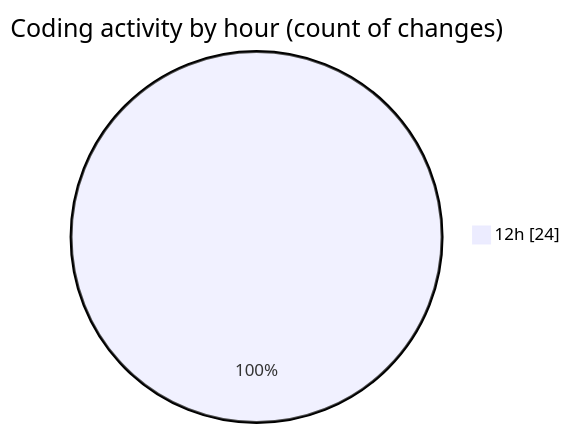
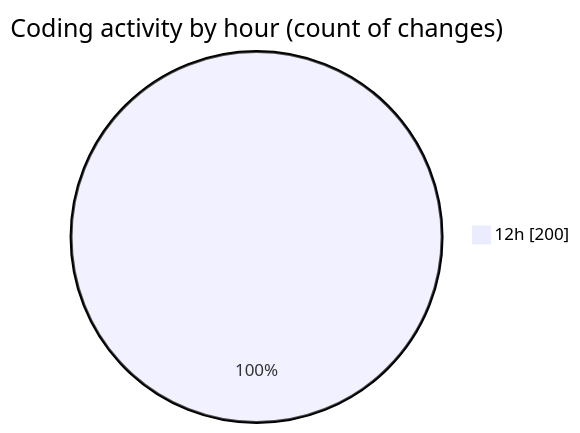
Before and after one commit to charlie-sans/code-tracking: the second of 2 diagrams in 2025-03-04/masm/README.md, drawn with Mermaid. The commit also changed other lines of this file and 1 other file, not shown here.

````diff
--- a/2025-03-04/masm/README.md
+++ b/2025-03-04/masm/README.md
@@ -29,5 +29,5 @@
 ```mermaid
 pie showData
 title Coding activity by hour (count of changes)
-"12h" : 24
+"12h" : 200
 ```
````
